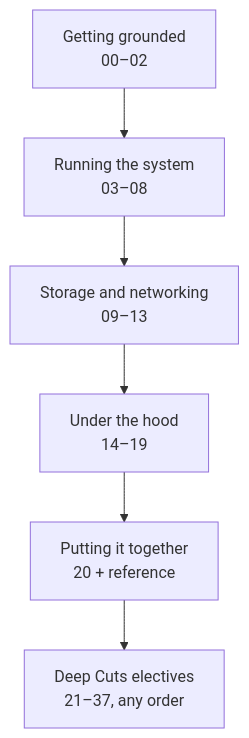
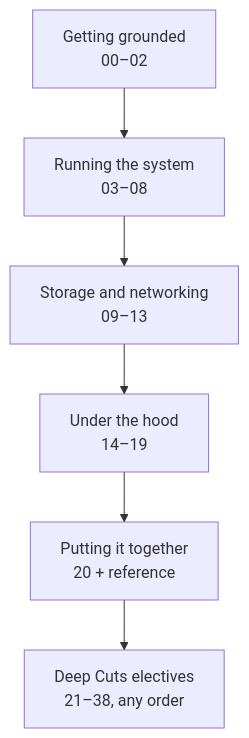
Before and after one commit to ssimpson89/LinuxTrainingCourse: the second of 2 diagrams in content/00-start-here.md, drawn with Mermaid. The commit also changed other lines of this file and 9 other files, not shown here.

````diff
--- a/content/00-start-here.md
+++ b/content/00-start-here.md
@@ -104,8 +104,8 @@
 ```mermaid
 flowchart TB
     A["Getting grounded<br/>00–02"] --> B["Running the system<br/>03–08"]
     B --> C["Storage and networking<br/>09–13"]
     C --> D["Under the hood<br/>14–19"]
     D --> E["Putting it together<br/>20 + reference"]
-    E --> F["Deep Cuts electives<br/>21–37, any order"]
+    E --> F["Deep Cuts electives<br/>21–38, any order"]
 ```
````
